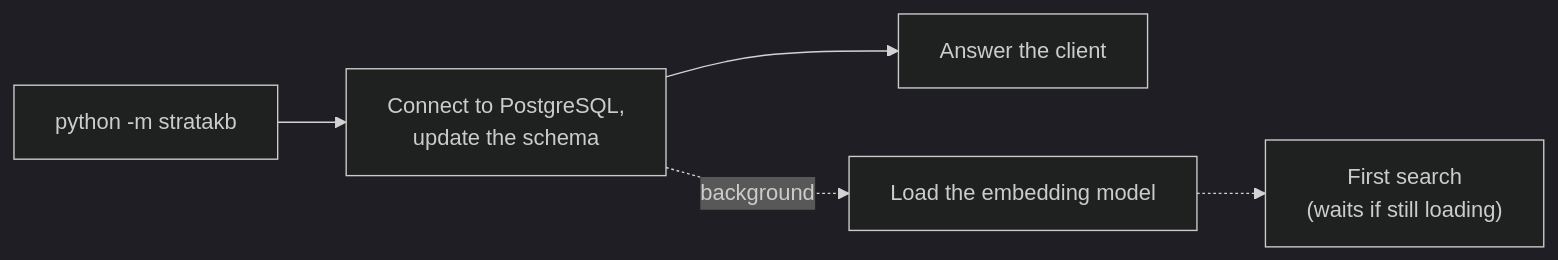
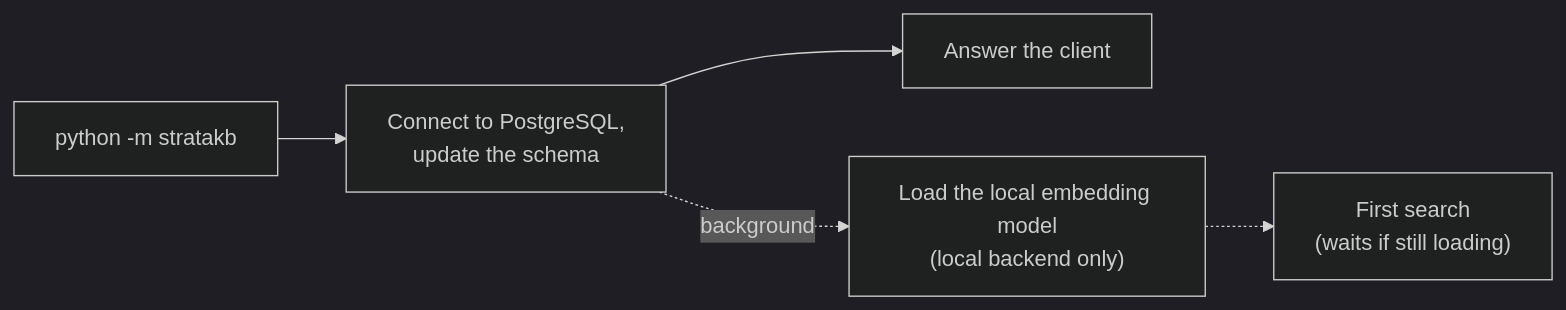
The second of 6 diagrams in README.md (boudou/StrataKB), drawn with Mermaid (dark theme) before and after one commit. The commit also changed other lines of this file and 7 other files, not shown here.

````diff
--- a/README.md
+++ b/README.md
@@ -45,5 +45,5 @@
 ```mermaid
 flowchart LR
     start["python -m stratakb"] --> db["Connect to PostgreSQL,<br/>update the schema"] --> ready["Answer the client"]
-    db -.->|"background"| m["Load the embedding model"] -.-> s["First search<br/>(waits if still loading)"]
+    db -.->|"background"| m["Load the local embedding model<br/>(local backend only)"] -.-> s["First search<br/>(waits if still loading)"]
 ```
````
